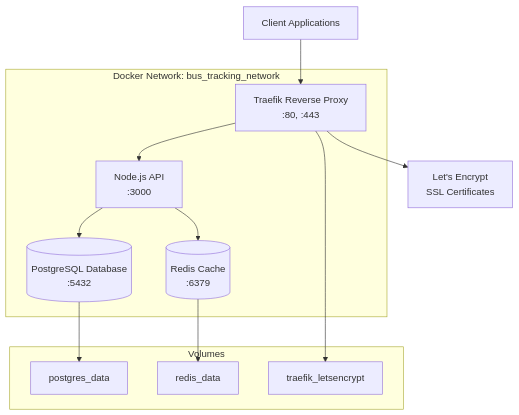
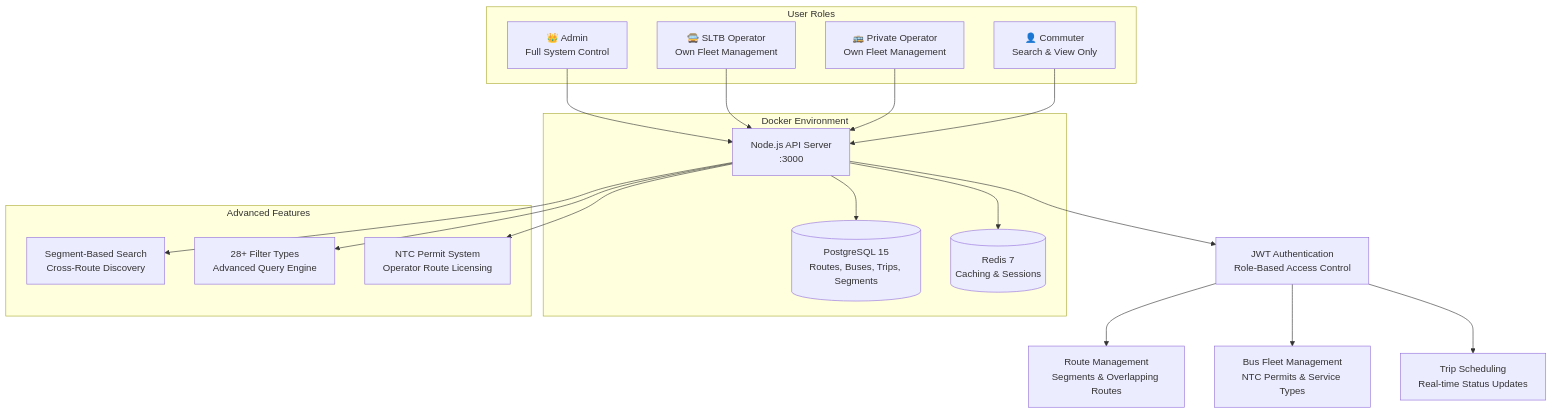
One commit to kusalkrp/Real-Time-Bus-Tracking-System-API-NodeJS- changed the diagram in README.md. Above: the diagram before and after it, drawn with Mermaid. The commit also changed other lines of this file and 2 other files, not shown here.

````diff
--- a/README.md
+++ b/README.md
@@ -75,27 +87,38 @@
 ```mermaid
 graph TB
-    Client[Client Applications] --> Traefik[Traefik Reverse Proxy<br/>:80, :443]
-    Traefik --> API[Node.js API<br/>:3000]
+    subgraph "User Roles"
+        Admin[👑 Admin<br/>Full System Control]
+        SLTB[🚍 SLTB Operator<br/>Own Fleet Management]
+        Private[🚌 Private Operator<br/>Own Fleet Management]
+        Commuter[👤 Commuter<br/>Search & View Only]
+    end
     
-    API --> PostgreSQL[(PostgreSQL Database<br/>:5432)]
-    API --> Redis[(Redis Cache<br/>:6379)]
+    Admin --> API[Node.js API Server<br/>:3000]
+    SLTB --> API
+    Private --> API
+    Commuter --> API
     
-    Traefik --> LE[Let's Encrypt<br/>SSL Certificates]
+    API --> Auth[JWT Authentication<br/>Role-Based Access Control]
+    Auth --> Routes[Route Management<br/>Segments & Overlapping Routes]
+    Auth --> Buses[Bus Fleet Management<br/>NTC Permits & Service Types]
+    Auth --> Trips[Trip Scheduling<br/>Real-time Status Updates]
     
-    subgraph "Docker Network: bus_tracking_network"
+    API --> PostgreSQL[(PostgreSQL 15<br/>Routes, Buses, Trips, Segments)]
+    API --> Redis[(Redis 7<br/>Caching & Sessions)]
+    
+    subgraph "Docker Environment"
         API
         PostgreSQL
         Redis
-        Traefik
     end
     
-    subgraph "Volumes"
-        PG_DATA[postgres_data]
-        REDIS_DATA[redis_data]
-        SSL_CERTS[traefik_letsencrypt]
+    subgraph "Advanced Features"
+        SegmentSearch[Segment-Based Search<br/>Cross-Route Discovery]
+        MultiFilter[28+ Filter Types<br/>Advanced Query Engine]
+        PermitValidation[NTC Permit System<br/>Operator Route Licensing]
     end
     
-    PostgreSQL --> PG_DATA
-    Redis --> REDIS_DATA
-    Traefik --> SSL_CERTS
+    API --> SegmentSearch
+    API --> MultiFilter  
+    API --> PermitValidation
 ```
````
